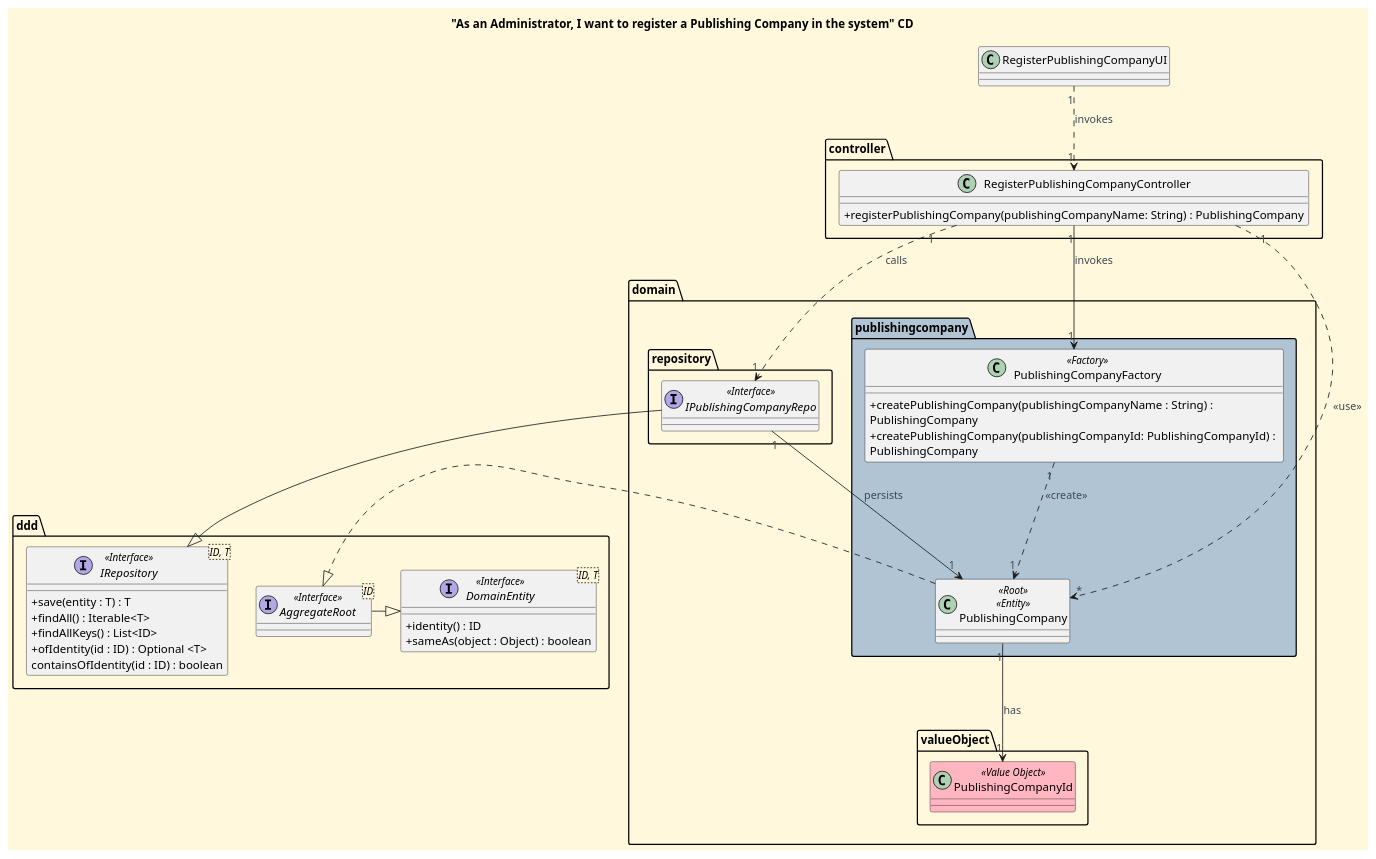
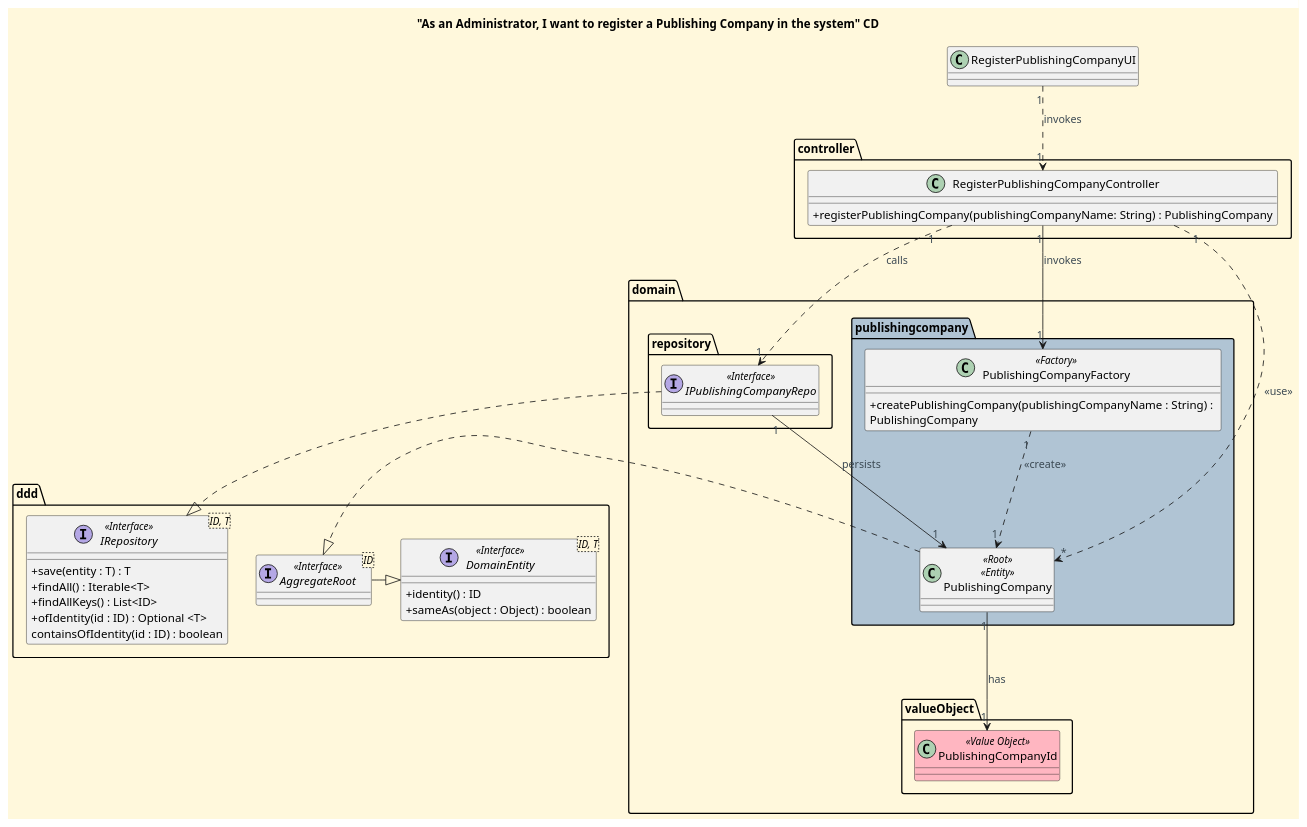
The diagram in docs/functionalities/admin/register-publishing-company/Register_Publishing_Company_CD.puml (CarolinaLeite-collab/JavaMarketplacePlatform), drawn with PlantUML before and after one commit. The commit also changed 1 other file, not shown here.

Commit message:
Fix: minor diagram corrections based on pull request review, refs #889

```diff
--- a/docs/functionalities/admin/register-publishing-company/Register_Publishing_Company_CD.puml
+++ b/docs/functionalities/admin/register-publishing-company/Register_Publishing_Company_CD.puml
@@ -1,78 +1,77 @@
 @startuml
 'https://plantuml.com/class-diagram
 title "As an Administrator, I want to register a Publishing Company in the system" CD
 
 
 '==== basic style ====
 skinparam monochrome false
 skinparam shadowing false
 skinparam defaultFontName Futura
 skinparam objectFontSize 20
 skinparam backgroundColor CornSilk
 skinparam objectBackgroundColor WhiteSmoke
 skinparam noteBackgroundColor #FFFFE0
 skinparam ArrowFontColor #3B4953
 skinparam ActivationBackgroundColor black
 skinparam classAttributeIconSize 0
 
 class RegisterPublishingCompanyUI {
 }
 
 package "controller" {
     class RegisterPublishingCompanyController {
     + registerPublishingCompany(publishingCompanyName: String) : PublishingCompany
     }
 }
 
 package "domain" {
     package "publishingcompany" #b0c4d4 {
         class PublishingCompany <<Root>> <<Entity>> {
         }
         class PublishingCompanyFactory <<Factory>> {
                 + createPublishingCompany(publishingCompanyName : String) : \nPublishingCompany
-                + createPublishingCompany(publishingCompanyId: PublishingCompanyId) : \nPublishingCompany
         }
 
     }
     package "repository" {
         interface IPublishingCompanyRepo <<Interface>> {
         }
     }
 
     package "valueObject" {
         class PublishingCompanyId <<Value Object>> #LightPink {
         }
     }
 
 }
 
 package "ddd" {
     interface IRepository <ID, T> <<Interface>> {
         +save(entity : T) : T
         +findAll() : Iterable<T>
         +findAllKeys() : List<ID>
         +ofIdentity(id : ID) : Optional <T>
         containsOfIdentity(id : ID) : boolean
     }
 
     interface AggregateRoot <ID> <<Interface>> {
     }
 
     interface DomainEntity<ID, T> <<Interface>> {
        +identity() : ID
        +sameAs(object : Object) : boolean
     }
 }
 
 RegisterPublishingCompanyUI "1" ..> "1" RegisterPublishingCompanyController: invokes
 RegisterPublishingCompanyController "1" ..> "1" IPublishingCompanyRepo: calls
 RegisterPublishingCompanyController "1" --> "1" PublishingCompanyFactory : invokes
 RegisterPublishingCompanyController "1" ..> "*" PublishingCompany : <<use>>
-IPublishingCompanyRepo --|> IRepository
+IPublishingCompanyRepo ..|> IRepository
 PublishingCompanyFactory "1" ..> "1" PublishingCompany: <<create>>
 IPublishingCompanyRepo "1" --> "1" PublishingCompany: persists
 PublishingCompany "1" --> "1" PublishingCompanyId: has
 AggregateRoot -|> DomainEntity
 PublishingCompany .|> AggregateRoot
 
 @enduml
```
